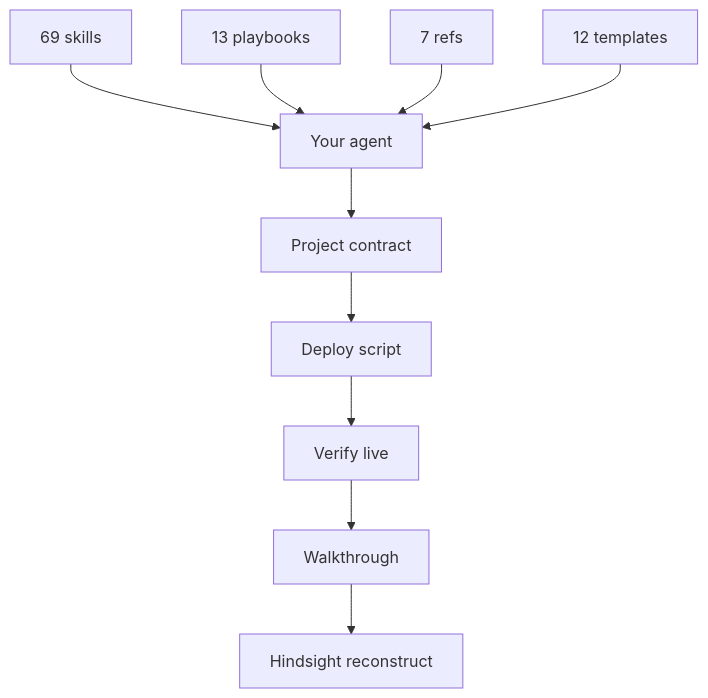
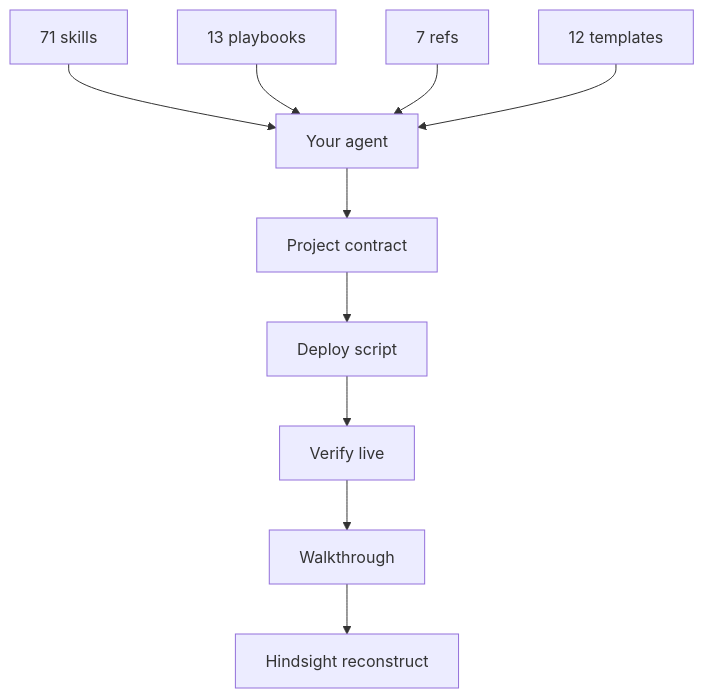
The third of 3 diagrams in README.md (Nonarkara/dr-non-vibecoding-skills), drawn with Mermaid before and after one commit. The commit also changed other lines of this file and 14 other files, not shown here.

````diff
--- a/README.md
+++ b/README.md
@@ -294,12 +309,12 @@
 ```mermaid
 flowchart TB
-  S["69 skills"] --> A["Your agent"]
+  S["71 skills"] --> A["Your agent"]
   P["13 playbooks"] --> A
   R["7 refs"] --> A
   T["12 templates"] --> A
   A --> W["Project contract"]
   W --> D["Deploy script"]
   D --> V["Verify live"]
   V --> H["Walkthrough"]
   H --> L["Hindsight reconstruct"]
 ```
````
